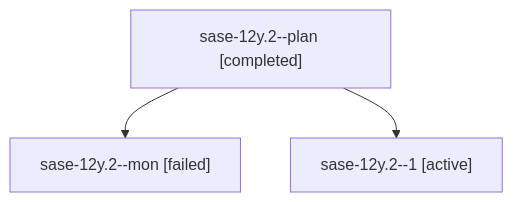
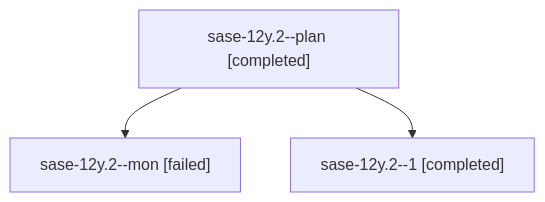
The diagram in families/bbugyi200.apollo.sase-12y.2.md (sase-org/sase--agents), drawn with Mermaid before and after one commit. The commit also changed other lines of this file and 75 other files, not shown here.

````diff
--- a/families/bbugyi200.apollo.sase-12y.2.md
+++ b/families/bbugyi200.apollo.sase-12y.2.md
@@ -9,8 +9,8 @@
 ```mermaid
 flowchart TD
   n0["sase-12y.2--plan [completed]"]
   n1["sase-12y.2--mon [failed]"]
   n0 --> n1
-  n2["sase-12y.2--1 [active]"]
+  n2["sase-12y.2--1 [completed]"]
   n0 --> n2
 ```
````
